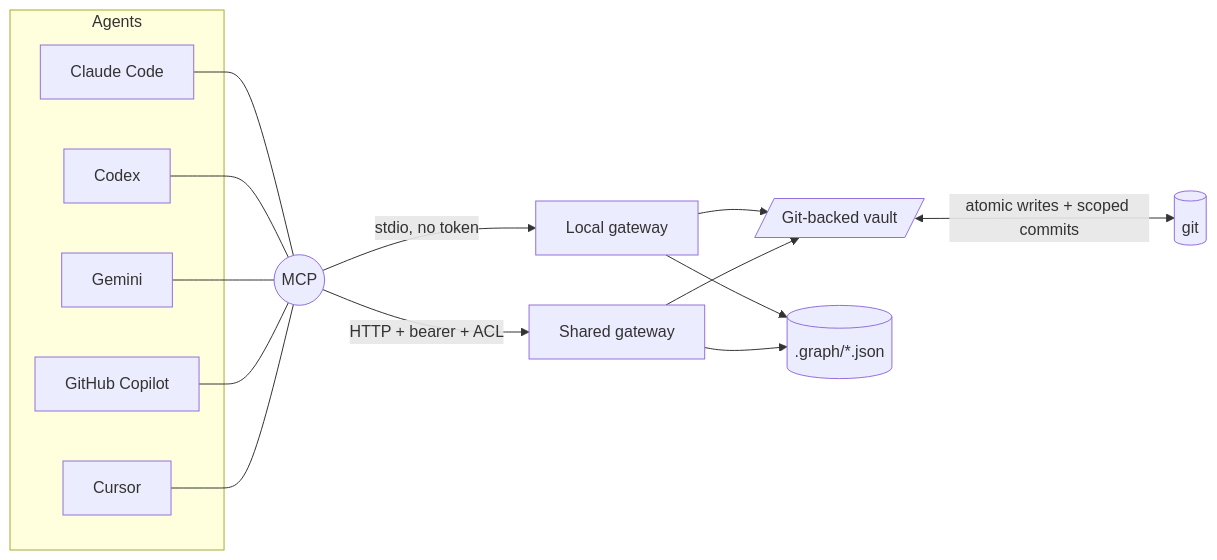
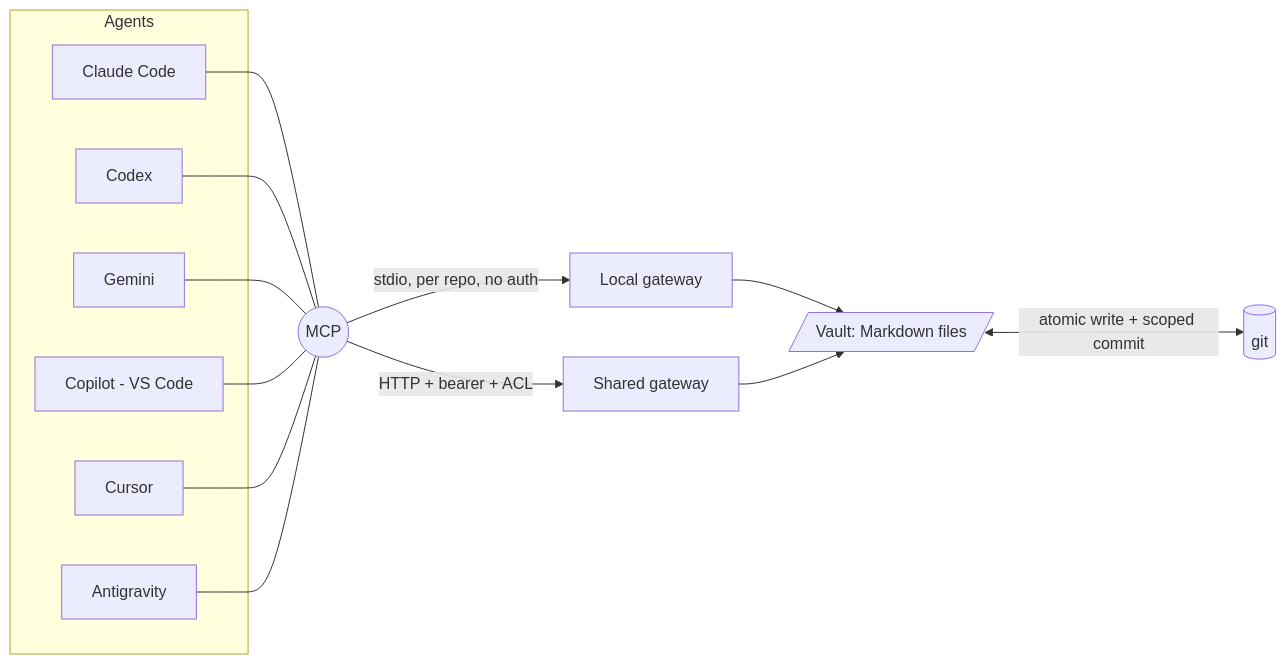
One commit to fszalaj/knowledge-gateway changed the first of 2 diagrams in README.md. Above: the diagram before and after it, drawn with Mermaid. The commit also changed other lines of this file and 8 other files, not shown here.

````diff
--- a/README.md
+++ b/README.md
@@ -16,22 +20,22 @@
 ```mermaid
 flowchart LR
     subgraph clients [Agents]
-        C1[Claude Code]
-        C2[Codex]
-        C3[Gemini]
-        C4[GitHub Copilot]
-        C5[Cursor]
+        A1[Claude Code]
+        A2[Codex]
+        A3[Gemini]
+        A4[Copilot - VS Code]
+        A5[Cursor]
+        A6[Antigravity]
     end
-    C1 --- M((MCP))
-    C2 --- M
-    C3 --- M
-    C4 --- M
-    C5 --- M
-    M -->|stdio, no token| L[Local gateway]
+    A1 --- M(( MCP ))
+    A2 --- M
+    A3 --- M
+    A4 --- M
+    A5 --- M
+    A6 --- M
+    M -->|stdio, per repo, no auth| L[Local gateway]
     M -->|HTTP + bearer + ACL| S[Shared gateway]
-    L --> V[/Git-backed vault/]
+    L --> V[/Vault: Markdown files/]
     S --> V
-    V <-->|atomic writes + scoped commits| G[(git)]
-    L --> CG[(.graph/*.json)]
-    S --> CG
+    V <-->|atomic write + scoped commit| G[(git)]
 ```
````
